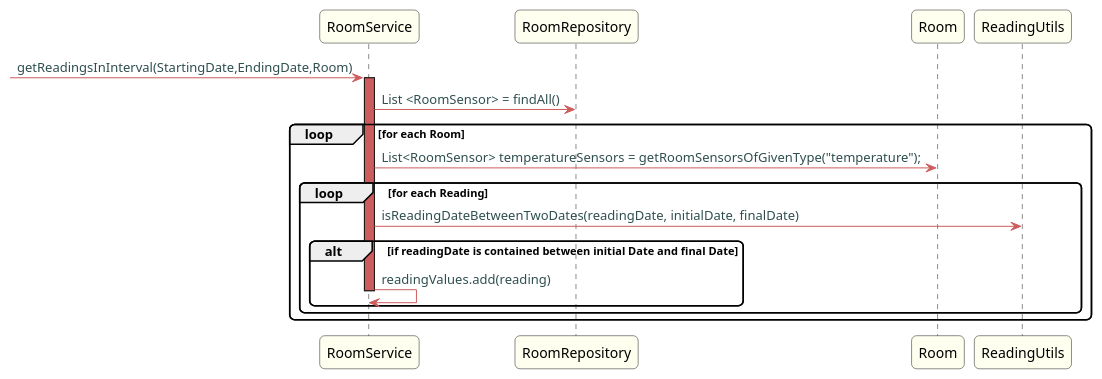
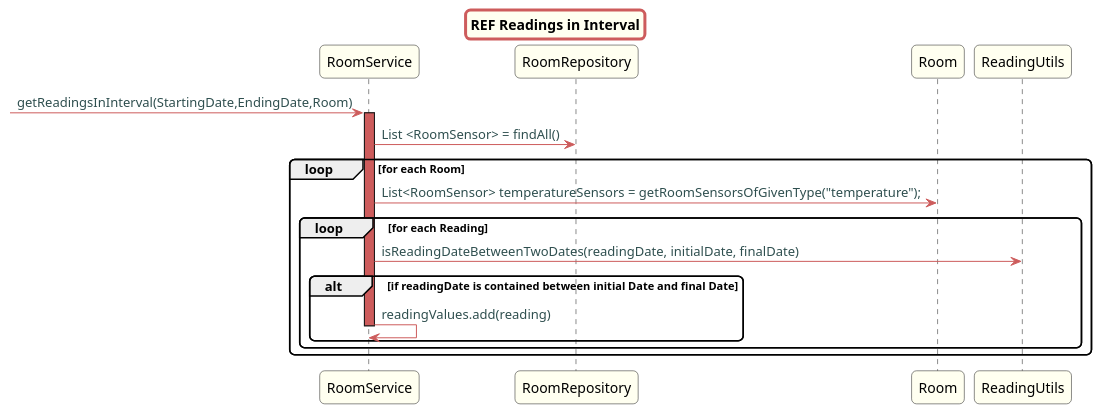
One commit to Almadanmp/project changed the diagram in src/doc/Controllers/RoomMonitoring/US440/US440_sd_REF_getReadingsInInterval.puml. Above: the diagram before and after it, drawn with PlantUML. The commit also changed 2 other files, not shown here.

Commit message:
REF #301: GeographicArea tests added

```diff
--- a/src/doc/Controllers/RoomMonitoring/US440/US440_sd_REF_getReadingsInInterval.puml
+++ b/src/doc/Controllers/RoomMonitoring/US440/US440_sd_REF_getReadingsInInterval.puml
@@ -1,45 +1,46 @@
 @startuml
 
 skinparam titleBorderRoundCorner 10
 skinparam titleBorderThickness 3
 skinparam titleBorderColor indianred
 skinparam titleBackgroundColor ivory
 skinparam FontName quicksand
 
 skinparam actor {
   BorderColor indianred
   }
 
 skinparam sequence {
   LifeLineBackgroundColor indianred
   ParticipantBackgroundColor ivory
 }
 
 skinparam roundcorner 10
 
 skinparam component {
   arrowThickness 1
   ArrowFontName Verdana
   ArrowColor indianred
   ArrowFontColor darkslategrey
 }
 
 -> RoomService: getReadingsInInterval(StartingDate,EndingDate,Room)
+title REF Readings in Interval
 activate RoomService
 RoomService -> RoomRepository: List <RoomSensor> = findAll()
 loop for each Room
 RoomService -> Room: List<RoomSensor> temperatureSensors = getRoomSensorsOfGivenType("temperature");
 loop for each Reading
 RoomService -> ReadingUtils: isReadingDateBetweenTwoDates(readingDate, initialDate, finalDate)
 alt if readingDate is contained between initial Date and final Date
 RoomService -> RoomService: readingValues.add(reading)
 deactivate RoomService
 end
 
 end
 
 end
 
 
 
 @enduml
```
